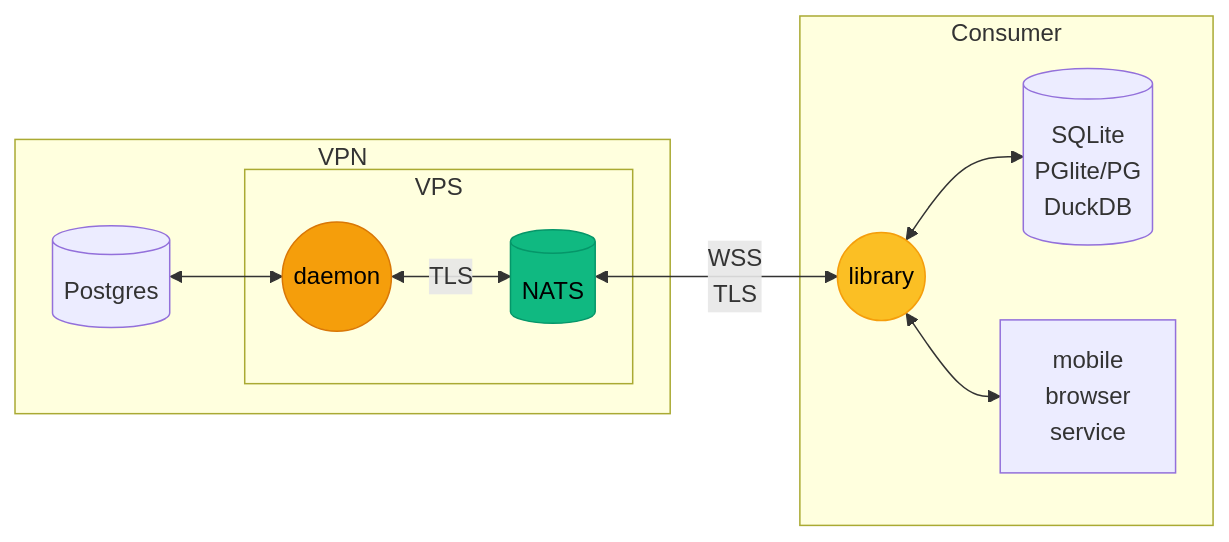
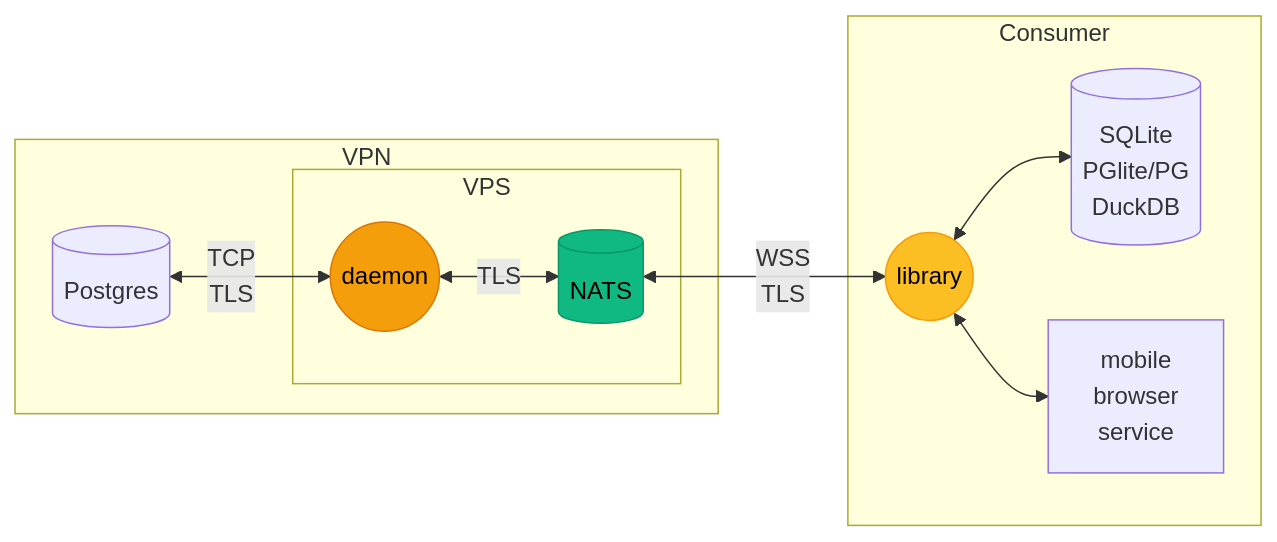
One commit to ndrean/ZeBridge changed the first of 6 diagrams in README.md. Above: the diagram before and after it, drawn with Mermaid. The commit also changed other lines of this file and 30 other files, not shown here.

````diff
--- a/README.md
+++ b/README.md
@@ -12,28 +12,28 @@
 ```mermaid
 flowchart LR
      subgraph VPN["VPN"]
         PG[("Postgres")]
         subgraph Localhost ["VPS"]
             Bridge(("daemon"))
             NATS[("NATS")]
         end
-        PG <--> Bridge
+        PG <--> |TCP<br>TLS| Bridge
         Bridge <--> |TLS| NATS
     end
 
     NATS <--> |WSS <br> TLS| Lib
 
 
     subgraph Edge["Consumer"]
         Lib(("library"))
         SQL[("SQLite<br>PGlite/PG<br>DuckDB")]
         App["mobile<br>browser<br>service"]
         Lib <-->SQL
         Lib <-->App
 
     end
 
     style Bridge fill:#f59e0b,stroke:#d97706,color:#000
     style Lib fill:#fbbf24,stroke:#f59e0b,color:#000
     style NATS fill:#10b981,stroke:#059669,color:#000
 ```
````
